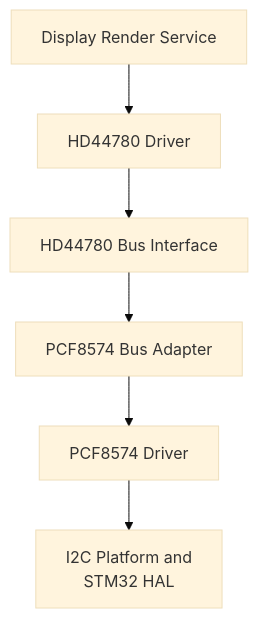
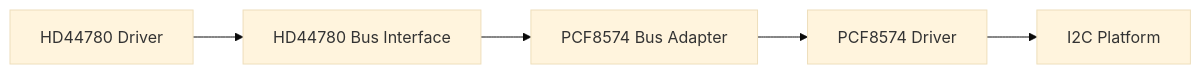
The third of 3 diagrams in Platforms/README.md (JP-REY/STM32F103C8T6-Based-Electronic-Lock), drawn with Mermaid (base theme) before and after one commit. The commit also changed other lines of this file, not shown here.

First line of the commit message:
docs(platforms): replace duplicated README with platform-specific documentation

````diff
--- a/Platforms/README.md
+++ b/Platforms/README.md
@@ -650,15 +647,7 @@
 ```mermaid
-flowchart TB
-    DISPLAY["Display Render Service"]
-    LCD["HD44780 Driver"]
-    BUS["HD44780 Bus Interface"]
-    ADAPTER["PCF8574 Bus Adapter"]
-    PCF["PCF8574 Driver"]
-    I2C["I2C Platform and<br/> STM32 HAL"]
-
-    DISPLAY --> LCD
-    LCD --> BUS
-    BUS --> ADAPTER
-    ADAPTER --> PCF
-    PCF --> I2C
+flowchart LR
+    A["HD44780 Driver"] --> B["HD44780 Bus Interface"]
+    B --> C["PCF8574 Bus Adapter"]
+    C --> D["PCF8574 Driver"]
+    D --> E["I2C Platform"]
 ```
````
